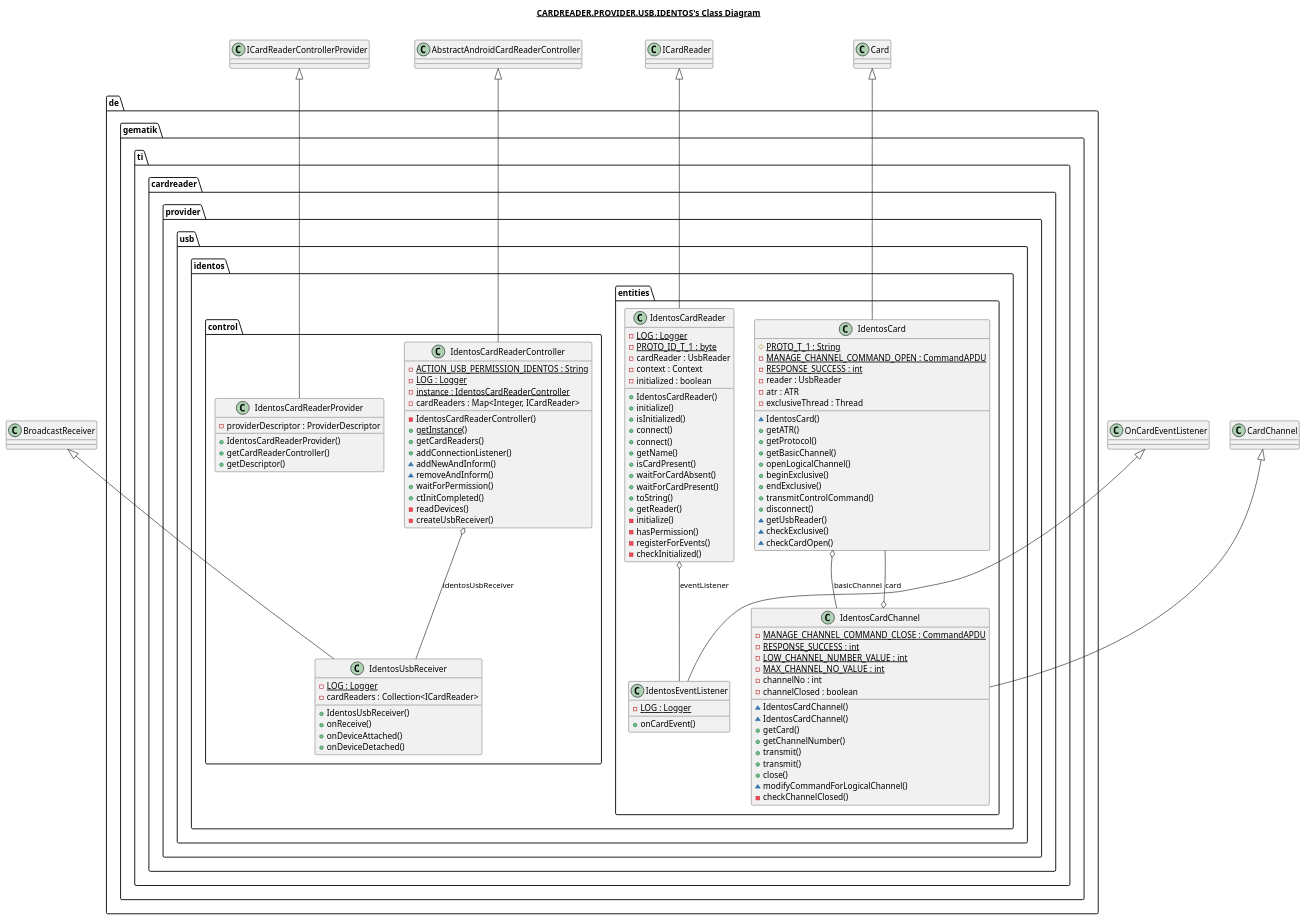
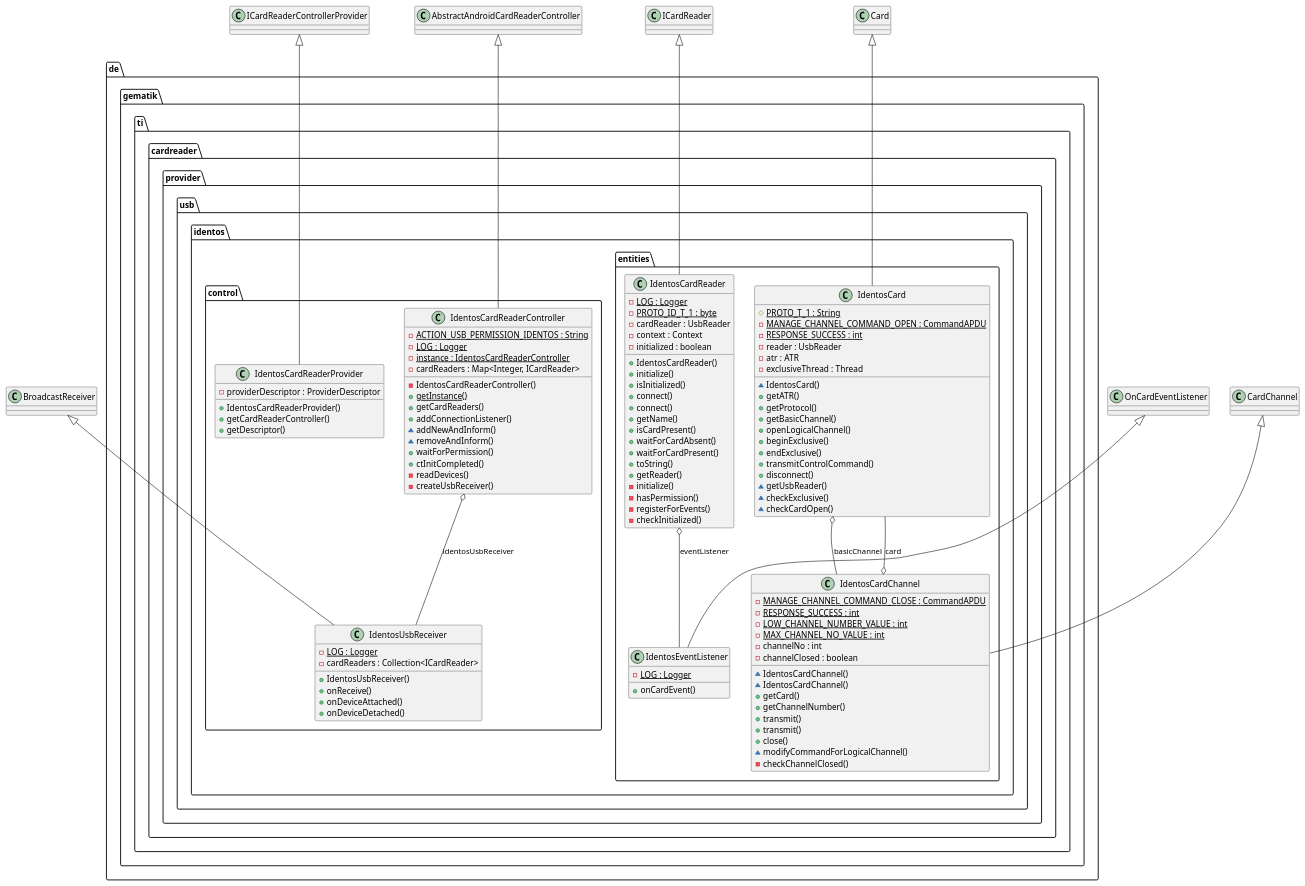
The diagram in cardreader.provider.usb.identos/doc/plantuml/UIDECRP/overview.plantuml (gematik/ref-CardReaderProvider-USB-Identos-Android), drawn with PlantUML before and after one commit. The commit also changed 6 other files, not shown here.

```diff
--- a/cardreader.provider.usb.identos/doc/plantuml/UIDECRP/overview.plantuml
+++ b/cardreader.provider.usb.identos/doc/plantuml/UIDECRP/overview.plantuml
@@ -1,148 +1,145 @@
 @startuml
-
-title __CARDREADER.PROVIDER.USB.IDENTOS's Class Diagram__\n
-
 
   package de.gematik.ti.cardreader.provider.usb.identos {
     package de.gematik.ti.cardreader.provider.usb.identos.entities {
       class IdentosCard {
                 {static} # PROTO_T_1 : String
                 {static} - MANAGE_CHANNEL_COMMAND_OPEN : CommandAPDU
                 {static} - RESPONSE_SUCCESS : int
                 - reader : UsbReader
                 - atr : ATR
                 - exclusiveThread : Thread
                 ~ IdentosCard()
                 + getATR()
                 + getProtocol()
                 + getBasicChannel()
                 + openLogicalChannel()
                 + beginExclusive()
                 + endExclusive()
                 + transmitControlCommand()
                 + disconnect()
                 ~ getUsbReader()
                 ~ checkExclusive()
                 ~ checkCardOpen()
       }
     }
   }
 
   package de.gematik.ti.cardreader.provider.usb.identos {
     package de.gematik.ti.cardreader.provider.usb.identos.entities {
       class IdentosCardChannel {
                 {static} - MANAGE_CHANNEL_COMMAND_CLOSE : CommandAPDU
                 {static} - RESPONSE_SUCCESS : int
                 {static} - LOW_CHANNEL_NUMBER_VALUE : int
                 {static} - MAX_CHANNEL_NO_VALUE : int
                 - channelNo : int
                 - channelClosed : boolean
                 ~ IdentosCardChannel()
                 ~ IdentosCardChannel()
                 + getCard()
                 + getChannelNumber()
                 + transmit()
                 + transmit()
                 + close()
                 ~ modifyCommandForLogicalChannel()
                 - checkChannelClosed()
       }
     }
   }
 
   package de.gematik.ti.cardreader.provider.usb.identos {
     package de.gematik.ti.cardreader.provider.usb.identos.entities {
       class IdentosCardReader {
                 {static} - LOG : Logger
                 {static} - PROTO_ID_T_1 : byte
                 - cardReader : UsbReader
                 - context : Context
                 - initialized : boolean
                 + IdentosCardReader()
                 + initialize()
                 + isInitialized()
                 + connect()
                 + connect()
                 + getName()
                 + isCardPresent()
                 + waitForCardAbsent()
                 + waitForCardPresent()
                 + toString()
                 + getReader()
                 - initialize()
                 - hasPermission()
                 - registerForEvents()
                 - checkInitialized()
       }
     }
   }
 
   package de.gematik.ti.cardreader.provider.usb.identos {
     package de.gematik.ti.cardreader.provider.usb.identos.control {
       class IdentosCardReaderController {
                 {static} - ACTION_USB_PERMISSION_IDENTOS : String
                 {static} - LOG : Logger
                 {static} - instance : IdentosCardReaderController
                 - cardReaders : Map<Integer, ICardReader>
                 - IdentosCardReaderController()
                 {static} + getInstance()
                 + getCardReaders()
                 + addConnectionListener()
                 ~ addNewAndInform()
                 ~ removeAndInform()
                 + waitForPermission()
                 + ctInitCompleted()
                 - readDevices()
                 - createUsbReceiver()
       }
     }
   }
 
   package de.gematik.ti.cardreader.provider.usb.identos {
     package de.gematik.ti.cardreader.provider.usb.identos.control {
       class IdentosCardReaderProvider {
                 - providerDescriptor : ProviderDescriptor
                 + IdentosCardReaderProvider()
                 + getCardReaderController()
                 + getDescriptor()
       }
     }
   }
   
 
   package de.gematik.ti.cardreader.provider.usb.identos {
     package de.gematik.ti.cardreader.provider.usb.identos.entities {
       class IdentosEventListener {
                 {static} - LOG : Logger
                 + onCardEvent()
             }
     }
   }
   
 
   package de.gematik.ti.cardreader.provider.usb.identos {
     package de.gematik.ti.cardreader.provider.usb.identos.control {
       class IdentosUsbReceiver {
                 {static} - LOG : Logger
                 - cardReaders : Collection<ICardReader>
                 + IdentosUsbReceiver()
                 + onReceive()
                 + onDeviceAttached()
                 + onDeviceDetached()
             }
     }
   }
 
   IdentosCard -up-|> Card
   IdentosCard o-- IdentosCardChannel : basicChannel
   IdentosCardChannel -up-|> CardChannel
   IdentosCardChannel o-- IdentosCard : card
   IdentosCardReader -up-|> ICardReader
   IdentosCardReader o-- IdentosEventListener : eventListener
   IdentosCardReaderController -up-|> AbstractAndroidCardReaderController
   IdentosCardReaderController o-- IdentosUsbReceiver : identosUsbReceiver
   IdentosCardReaderProvider -up-|> ICardReaderControllerProvider
   IdentosEventListener -up-|> OnCardEventListener
   IdentosUsbReceiver -up-|> BroadcastReceiver
 
 @enduml
```
